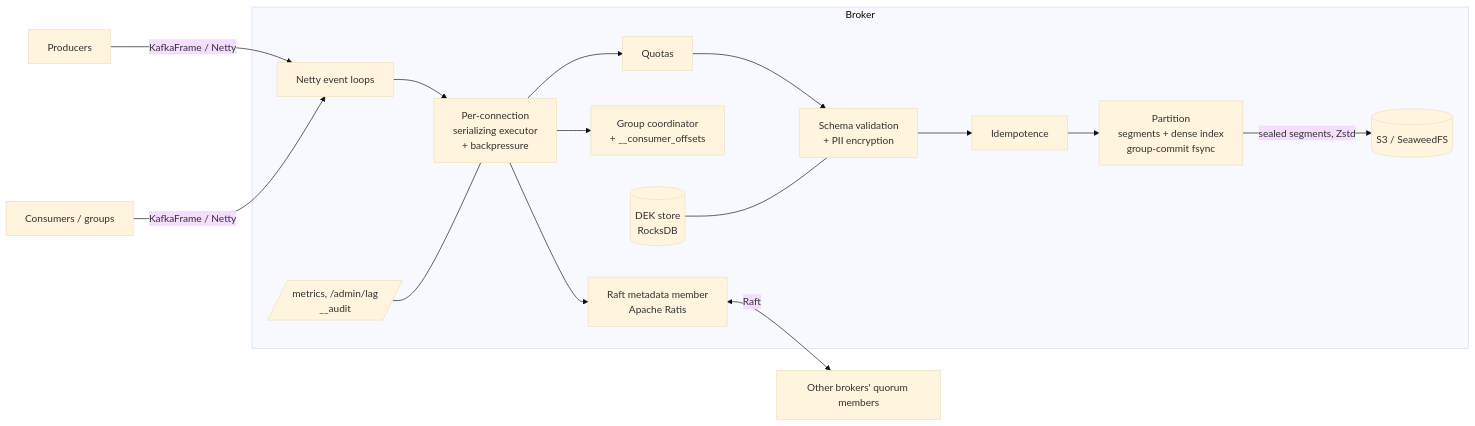
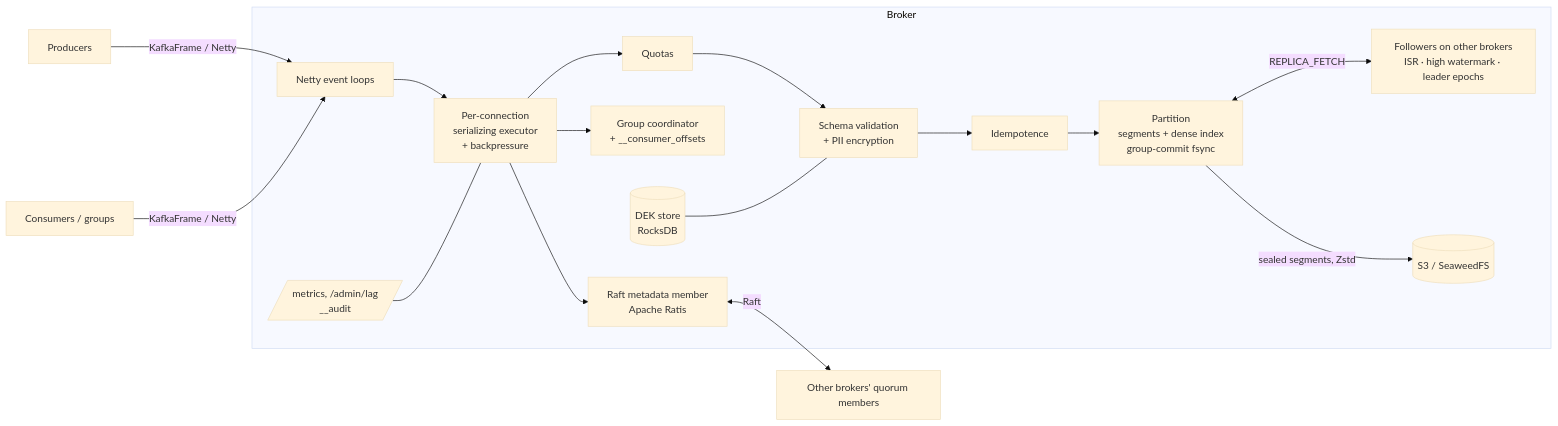
Before and after one commit to Usermayalive/kafka_ka_baap: the diagram in README.md, drawn with Mermaid (base theme). The commit also changed other lines of this file and 14 other files, not shown here.

````diff
--- a/README.md
+++ b/README.md
@@ -13,16 +14,17 @@
 ```mermaid
 flowchart LR
     P[Producers] -->|KafkaFrame / Netty| N
     C[Consumers / groups] -->|KafkaFrame / Netty| N
     subgraph Broker
         N[Netty event loops] --> E[Per-connection<br/>serializing executor<br/>+ backpressure]
         E --> Q[Quotas] --> S[Schema validation<br/>+ PII encryption] --> I[Idempotence]
         I --> PT[Partition<br/>segments + dense index<br/>group-commit fsync]
+        PT <-->|REPLICA_FETCH| R[Followers on other brokers<br/>ISR · high watermark · leader epochs]
         PT -->|sealed segments, Zstd| T[(S3 / SeaweedFS)]
         E --> G[Group coordinator<br/>+ __consumer_offsets]
         E --> M[Raft metadata member<br/>Apache Ratis]
         K[(DEK store<br/>RocksDB)] --- S
         O[/metrics, /admin/lag<br/>__audit/] --- E
     end
     M <-->|Raft| M2[Other brokers' quorum members]
 ```
````
